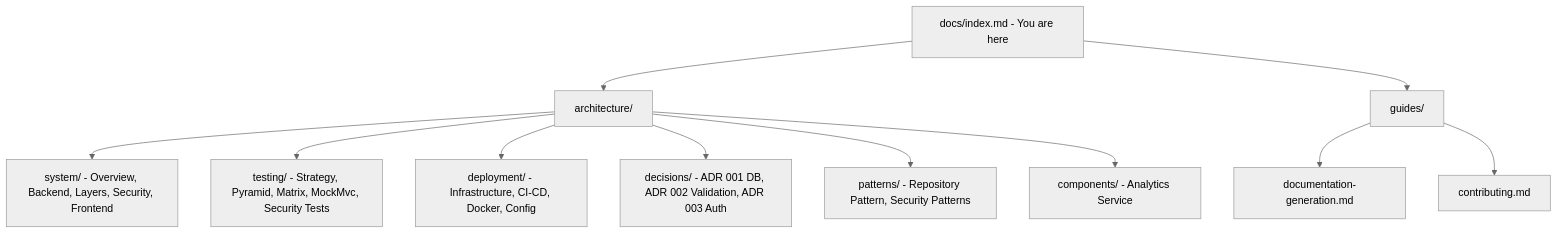
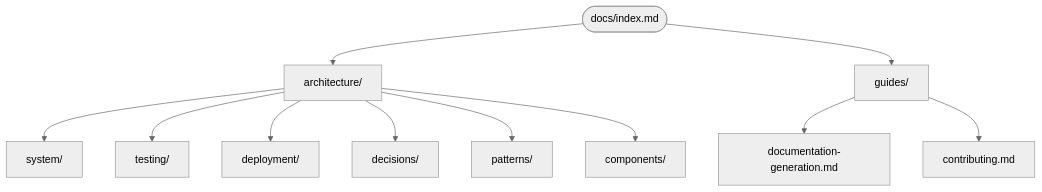
The diagram in docs/index.md (Keglev/stockease), drawn with Mermaid (neutral theme) before and after one commit. The commit also changed 4 other files, not shown here.

Commit message:
Changed broken links in .html files; fix .css to render mermaid blocks

````diff
--- a/docs/index.md
+++ b/docs/index.md
@@ -16,16 +16,17 @@
 ```mermaid
-graph TD
-    Root["docs/index.md - You are here"]
+flowchart TD
+    Root(["docs/index.md"])
 
     Root --> Arch["architecture/"]
-    Arch --> System["system/ - Overview, Backend, Layers, Security, Frontend"]
-    Arch --> Testing["testing/ - Strategy, Pyramid, Matrix, MockMvc, Security Tests"]
-    Arch --> Deployment["deployment/ - Infrastructure, CI-CD, Docker, Config"]
-    Arch --> Decisions["decisions/ - ADR 001 DB, ADR 002 Validation, ADR 003 Auth"]
-    Arch --> Patterns["patterns/ - Repository Pattern, Security Patterns"]
-    Arch --> Components["components/ - Analytics Service"]
+    Root --> Guides["guides/"]
 
-    Root --> Guides["guides/"]
+    Arch --> System["system/"]
+    Arch --> Testing["testing/"]
+    Arch --> Deployment["deployment/"]
+    Arch --> Decisions["decisions/"]
+    Arch --> Patterns["patterns/"]
+    Arch --> Components["components/"]
+
     Guides --> Gen["documentation-generation.md"]
     Guides --> Contributing["contributing.md"]
 ```
````
